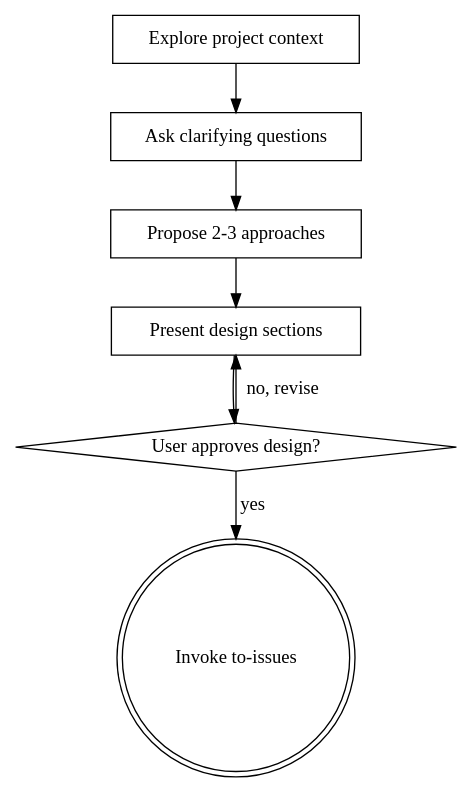
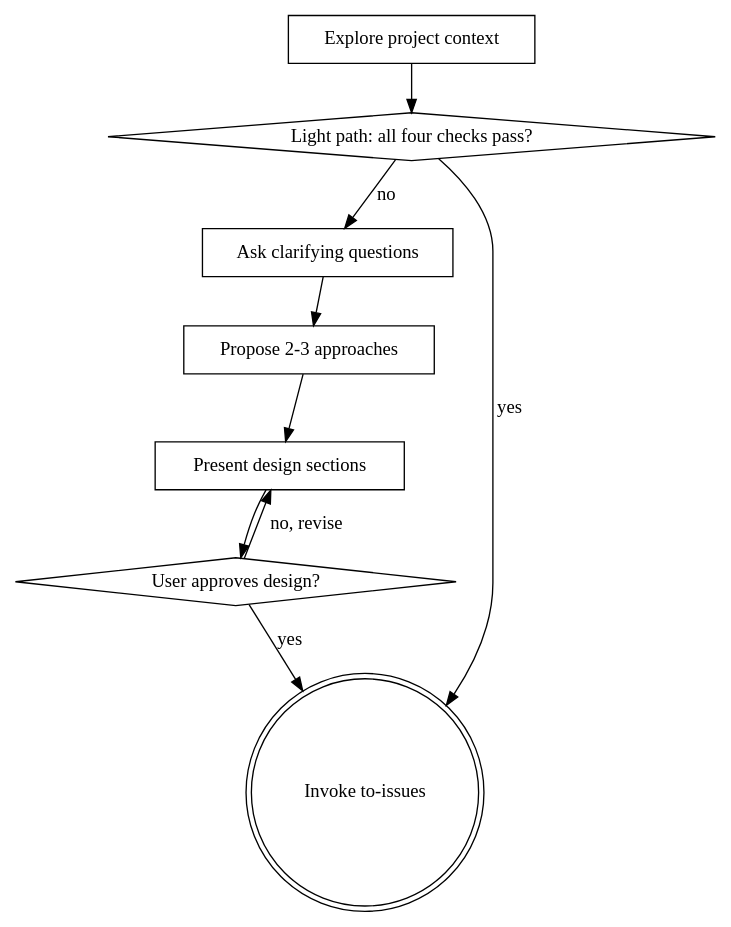
Before and after one commit to ypxing/coding-crew: the diagram in skills/crew-brainstorm/SKILL.md, drawn with Graphviz. The commit also changed other lines of this file and 6 other files, not shown here.

First line of the commit message:
[354-fix-feature-review-findings-lightweight-flow] Fix feature-review findings on the lightweight flow

````diff
--- a/skills/crew-brainstorm/SKILL.md
+++ b/skills/crew-brainstorm/SKILL.md
@@ -33,17 +33,21 @@
 ```dot
 digraph brainstorming {
     "Explore project context" [shape=box];
     "Ask clarifying questions" [shape=box];
     "Propose 2-3 approaches" [shape=box];
     "Present design sections" [shape=box];
     "User approves design?" [shape=diamond];
     "Invoke to-issues" [shape=doublecircle];
 
-    "Explore project context" -> "Ask clarifying questions";
+    "Light path: all four checks pass?" [shape=diamond];
+
+    "Explore project context" -> "Light path: all four checks pass?";
+    "Light path: all four checks pass?" -> "Invoke to-issues" [label="yes"];
+    "Light path: all four checks pass?" -> "Ask clarifying questions" [label="no"];
     "Ask clarifying questions" -> "Propose 2-3 approaches";
     "Propose 2-3 approaches" -> "Present design sections";
     "Present design sections" -> "User approves design?";
     "User approves design?" -> "Present design sections" [label="no, revise"];
     "User approves design?" -> "Invoke to-issues" [label="yes"];
 }
 ```
````
